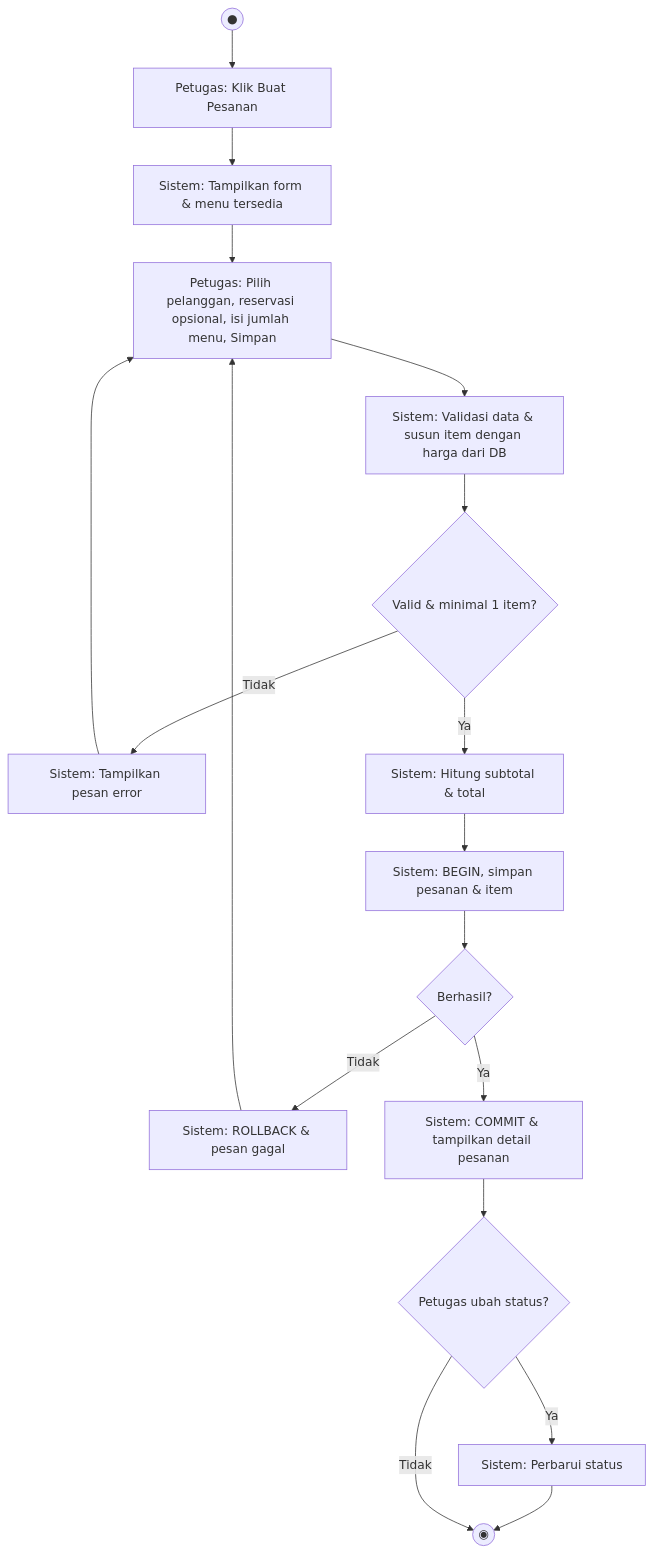
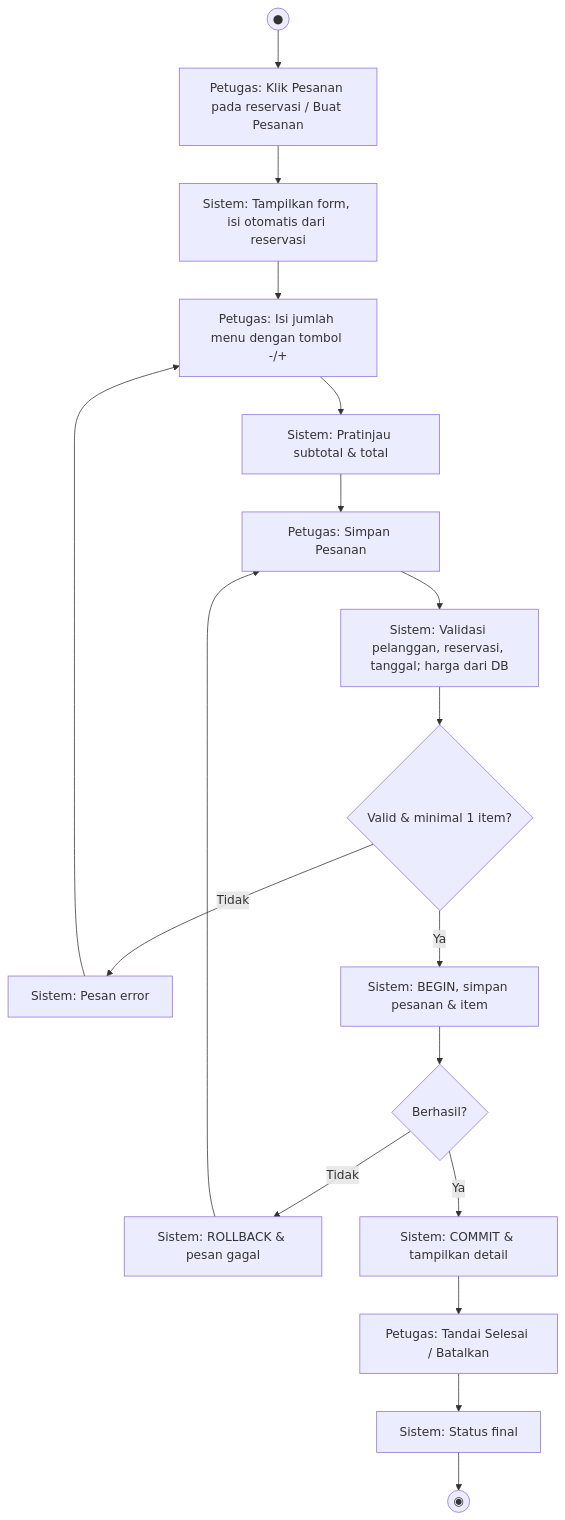
One commit to Fuentes771/LSP-Programming changed the third of 8 diagrams in docs/PANDUAN-PEMBUATAN-DOCX.md. Above: the diagram before and after it, drawn with Mermaid. The commit also changed other lines of this file and 25 other files, not shown here.

````diff
--- a/docs/PANDUAN-PEMBUATAN-DOCX.md
+++ b/docs/PANDUAN-PEMBUATAN-DOCX.md
@@ -619,17 +695,17 @@
 ```mermaid
 flowchart TD
-    start((●)) --> a1[Petugas: Klik Buat Pesanan]
-    a1 --> s1[Sistem: Tampilkan form & menu tersedia]
-    s1 --> a2[Petugas: Pilih pelanggan, reservasi opsional, isi jumlah menu, Simpan]
-    a2 --> s2[Sistem: Validasi data & susun item dengan harga dari DB]
-    s2 --> d1{Valid & minimal 1 item?}
-    d1 -- Tidak --> e1[Sistem: Tampilkan pesan error] --> a2
-    d1 -- Ya --> s3[Sistem: Hitung subtotal & total]
-    s3 --> s4[Sistem: BEGIN, simpan pesanan & item]
+    start((●)) --> a1[Petugas: Klik Pesanan pada reservasi / Buat Pesanan]
+    a1 --> s1[Sistem: Tampilkan form, isi otomatis dari reservasi]
+    s1 --> a2[Petugas: Isi jumlah menu dengan tombol -/+]
+    a2 --> s2[Sistem: Pratinjau subtotal & total]
+    s2 --> a3[Petugas: Simpan Pesanan]
+    a3 --> s3[Sistem: Validasi pelanggan, reservasi, tanggal; harga dari DB]
+    s3 --> d1{Valid & minimal 1 item?}
+    d1 -- Tidak --> e1[Sistem: Pesan error] --> a2
+    d1 -- Ya --> s4[Sistem: BEGIN, simpan pesanan & item]
     s4 --> d2{Berhasil?}
-    d2 -- Tidak --> e2[Sistem: ROLLBACK & pesan gagal] --> a2
-    d2 -- Ya --> s5[Sistem: COMMIT & tampilkan detail pesanan]
-    s5 --> d3{Petugas ubah status?}
-    d3 -- Ya --> s6[Sistem: Perbarui status] --> stop((◉))
-    d3 -- Tidak --> stop
+    d2 -- Tidak --> e2[Sistem: ROLLBACK & pesan gagal] --> a3
+    d2 -- Ya --> s5[Sistem: COMMIT & tampilkan detail]
+    s5 --> a4[Petugas: Tandai Selesai / Batalkan]
+    a4 --> s6[Sistem: Status final] --> stop((◉))
 ```
````
